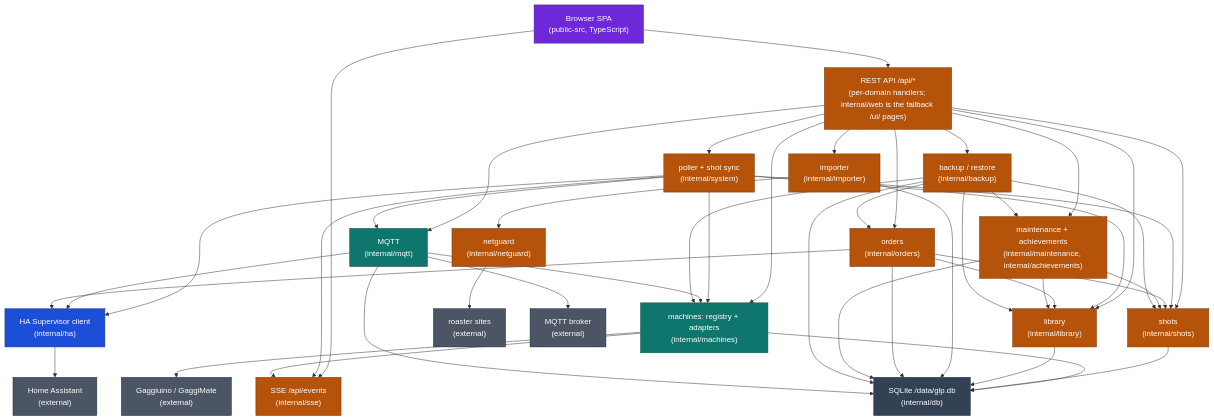
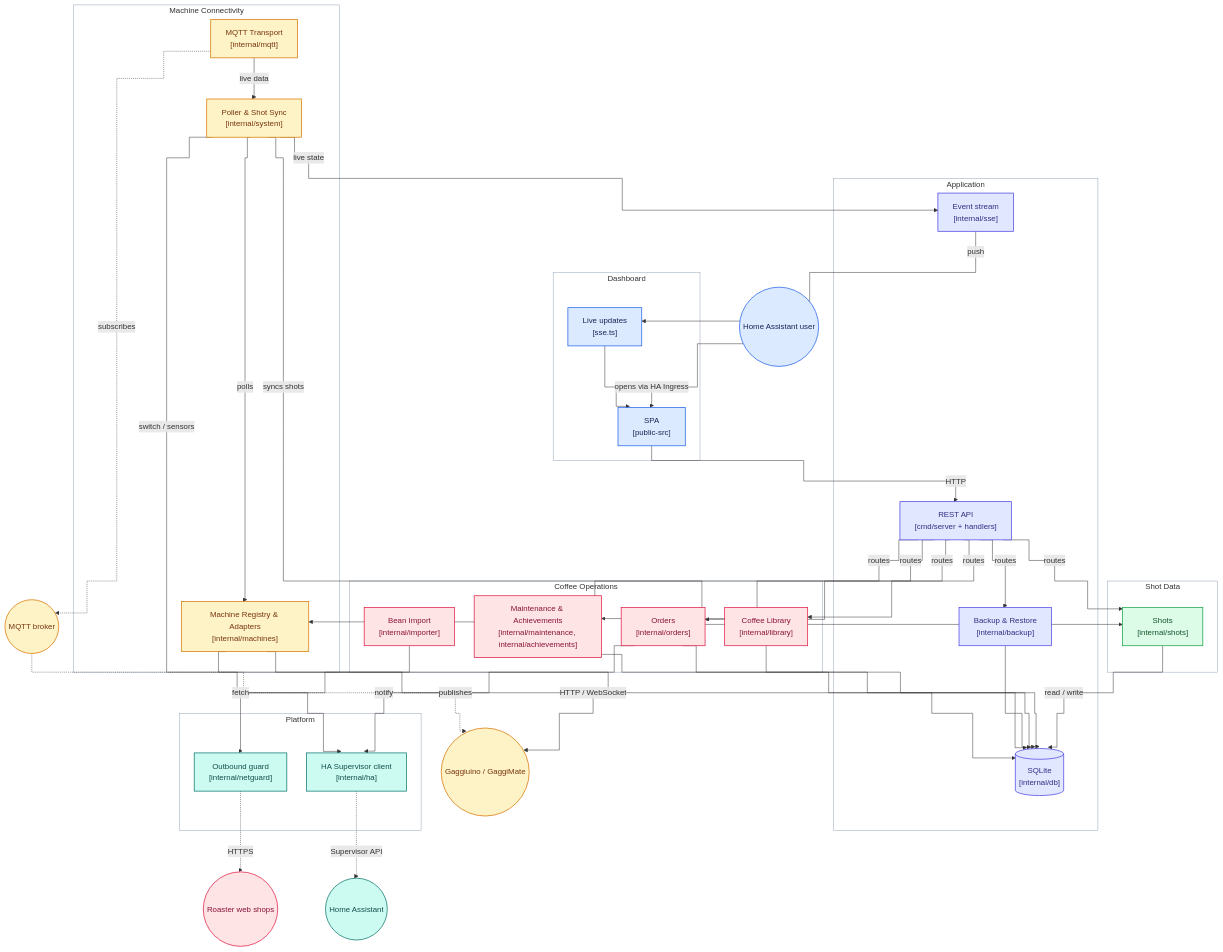
One commit to mxkissnr/gaggiuino-local-profiler changed the second of 2 diagrams in README.md. Above: the diagram before and after it, drawn with Mermaid. The commit also changed other lines of this file and 1 other file, not shown here.

Commit message:
docs: group and tone the architecture diagrams like the gitdiagram layout
Rework the README's second Mermaid block (app internals) into named subgraphs — Dashboard, Application, Machine Connectivity, Shot Data, Coffee Operations and Platform — with the actors (Home Assistant user, Gaggiuino / GaggiMate, Home Assistant, roaster web shops, MQTT broker) as round nodes outside the groups, a cylinder for the SQLite store, labelled orthogonal edges and one pastel tone per group.

Apply the same tone palette and step curve to the first (ecosystem) diagram, replacing its saturated classDefs, and give every subgraph a neutral background so both diagrams stay readable in GitHub's light and dark themes.

Refs #1180

````diff
--- a/README.md
+++ b/README.md
@@ -267,83 +269,92 @@
 ```mermaid
+%%{init: {"flowchart": {"curve": "step", "nodeSpacing": 40, "rankSpacing": 60}}}%%
 flowchart TB
-  SPA["Browser SPA<br/>(public-src, TypeScript)"]
+  USER(("Home Assistant user"))
+  MACHINE(("Gaggiuino / GaggiMate"))
+  HASVC(("Home Assistant"))
+  ROAST(("Roaster web shops"))
+  BROKER(("MQTT broker"))
 
-  API["REST API /api/*<br/>(per-domain handlers; internal/web is the fallback /ui/ pages)"]
-  SSE["SSE /api/events<br/>(internal/sse)"]
+  subgraph DASH["Dashboard"]
+    SPA["SPA<br/>[public-src]"]
+    LIVE["Live updates<br/>[sse.ts]"]
+  end
 
-  POLL["poller + shot sync<br/>(internal/system)"]
-  MQTT["MQTT<br/>(internal/mqtt)"]
-  MACH["machines: registry + adapters<br/>(internal/machines)"]
-  SHOTS["shots<br/>(internal/shots)"]
-  LIB["library<br/>(internal/library)"]
-  IMP["importer<br/>(internal/importer)"]
-  ORD["orders<br/>(internal/orders)"]
-  MAINT["maintenance + achievements<br/>(internal/maintenance, internal/achievements)"]
-  BACKUP["backup / restore<br/>(internal/backup)"]
-  NET["netguard<br/>(internal/netguard)"]
+  subgraph APP["Application"]
+    API["REST API<br/>[cmd/server + handlers]"]
+    SSE["Event stream<br/>[internal/sse]"]
+    BACKUP["Backup & Restore<br/>[internal/backup]"]
+    DB[("SQLite<br/>[internal/db]")]
+  end
 
-  DB["SQLite /data/glp.db<br/>(internal/db)"]
-  HA["HA Supervisor client<br/>(internal/ha)"]
+  subgraph CONN["Machine Connectivity"]
+    POLL["Poller & Shot Sync<br/>[internal/system]"]
+    MACH["Machine Registry & Adapters<br/>[internal/machines]"]
+    MQTT["MQTT Transport<br/>[internal/mqtt]"]
+  end
 
-  EX_MACH["Gaggiuino / GaggiMate<br/>(external)"]
-  EX_HA["Home Assistant<br/>(external)"]
-  EX_ROAST["roaster sites<br/>(external)"]
-  EX_MQTT["MQTT broker<br/>(external)"]
+  subgraph SHOTDATA["Shot Data"]
+    SHOTS["Shots<br/>[internal/shots]"]
+  end
 
-  SPA --> API
-  SPA --> SSE
-  API --> POLL
-  API --> MQTT
-  API --> MACH
-  API --> SHOTS
-  API --> LIB
-  API --> IMP
-  API --> ORD
-  API --> MAINT
-  API --> BACKUP
-  POLL --> MACH
-  POLL --> SHOTS
-  POLL --> LIB
-  POLL --> SSE
-  POLL --> HA
-  POLL --> MQTT
-  MQTT --> MACH
-  MQTT --> HA
-  MQTT --> EX_MQTT
-  MACH --> EX_MACH
-  MACH --> SSE
-  IMP --> NET
-  NET --> EX_ROAST
-  MACH --> DB
-  SHOTS --> DB
+  subgraph COFFEE["Coffee Operations"]
+    LIB["Coffee Library<br/>[internal/library]"]
+    IMP["Bean Import<br/>[internal/importer]"]
+    ORD["Orders<br/>[internal/orders]"]
+    MAINT["Maintenance & Achievements<br/>[internal/maintenance, internal/achievements]"]
+  end
+
+  subgraph PLATFORM["Platform"]
+    HA["HA Supervisor client<br/>[internal/ha]"]
+    NET["Outbound guard<br/>[internal/netguard]"]
+  end
+
+  USER -->|"opens via HA Ingress"| SPA
+  SPA -->|"HTTP"| API
+  SSE -->|"push"| LIVE
+  LIVE --> SPA
+  API -->|"routes"| SHOTS
+  API -->|"routes"| LIB
+  API -->|"routes"| ORD
+  API -->|"routes"| MAINT
+  API -->|"routes"| BACKUP
+  API -->|"routes"| MACH
+  POLL -->|"polls"| MACH
+  MACH -->|"HTTP / WebSocket"| MACHINE
+  MQTT -.->|"subscribes"| BROKER
+  BROKER -.->|"publishes"| MACHINE
+  POLL -->|"syncs shots"| SHOTS
+  POLL -->|"live state"| SSE
+  MQTT -->|"live data"| POLL
+  IMP -->|"fetch"| NET
+  NET -.->|"HTTPS"| ROAST
+  ORD -->|"notify"| HA
+  POLL -->|"switch / sensors"| HA
+  HA -.->|"Supervisor API"| HASVC
+  SHOTS -->|"read / write"| DB
   LIB --> DB
-  IMP --> DB
   ORD --> DB
   MAINT --> DB
   BACKUP --> DB
-  MQTT --> DB
-  ORD --> SHOTS
-  ORD --> LIB
-  ORD --> HA
-  MAINT --> SHOTS
-  MAINT --> LIB
-  BACKUP --> SHOTS
-  BACKUP --> LIB
-  BACKUP --> ORD
-  BACKUP --> MAINT
-  BACKUP --> MACH
-  HA --> EX_HA
+  MACH --> DB
 
-  classDef app fill:#b45309,stroke:#78350f,color:#fff
-  classDef machine fill:#0f766e,stroke:#134e4a,color:#fff
-  classDef ha fill:#1d4ed8,stroke:#1e3a8a,color:#fff
-  classDef fe fill:#6d28d9,stroke:#4c1d95,color:#fff
-  classDef store fill:#334155,stroke:#1e293b,color:#fff
-  classDef ext fill:#4b5563,stroke:#1f2937,color:#fff
-  class SPA fe
-  class API,SSE,POLL,SHOTS,LIB,IMP,ORD,MAINT,BACKUP,NET app
-  class MACH,MQTT machine
-  class DB store
-  class HA ha
-  class EX_MACH,EX_HA,EX_ROAST,EX_MQTT ext
+  classDef toneBlue fill:#dbeafe,stroke:#2563eb,stroke-width:1.5px,color:#172554
+  classDef toneIndigo fill:#e0e7ff,stroke:#4f46e5,stroke-width:1.5px,color:#312e81
+  classDef toneAmber fill:#fef3c7,stroke:#d97706,stroke-width:1.5px,color:#78350f
+  classDef toneMint fill:#dcfce7,stroke:#16a34a,stroke-width:1.5px,color:#14532d
+  classDef toneRose fill:#ffe4e6,stroke:#e11d48,stroke-width:1.5px,color:#881337
+  classDef toneTeal fill:#ccfbf1,stroke:#0f766e,stroke-width:1.5px,color:#134e4a
+  classDef toneNeutral fill:#f8fafc,stroke:#334155,stroke-width:1.5px,color:#0f172a
+  class USER,SPA,LIVE toneBlue
+  class API,SSE,BACKUP,DB toneIndigo
+  class POLL,MACH,MQTT,MACHINE,BROKER toneAmber
+  class SHOTS toneMint
+  class LIB,IMP,ORD,MAINT,ROAST toneRose
+  class HA,NET,HASVC toneTeal
+  style DASH fill:#f8fafc10,stroke:#94a3b8
+  style APP fill:#f8fafc10,stroke:#94a3b8
+  style CONN fill:#f8fafc10,stroke:#94a3b8
+  style SHOTDATA fill:#f8fafc10,stroke:#94a3b8
+  style COFFEE fill:#f8fafc10,stroke:#94a3b8
+  style PLATFORM fill:#f8fafc10,stroke:#94a3b8
 ```
````
